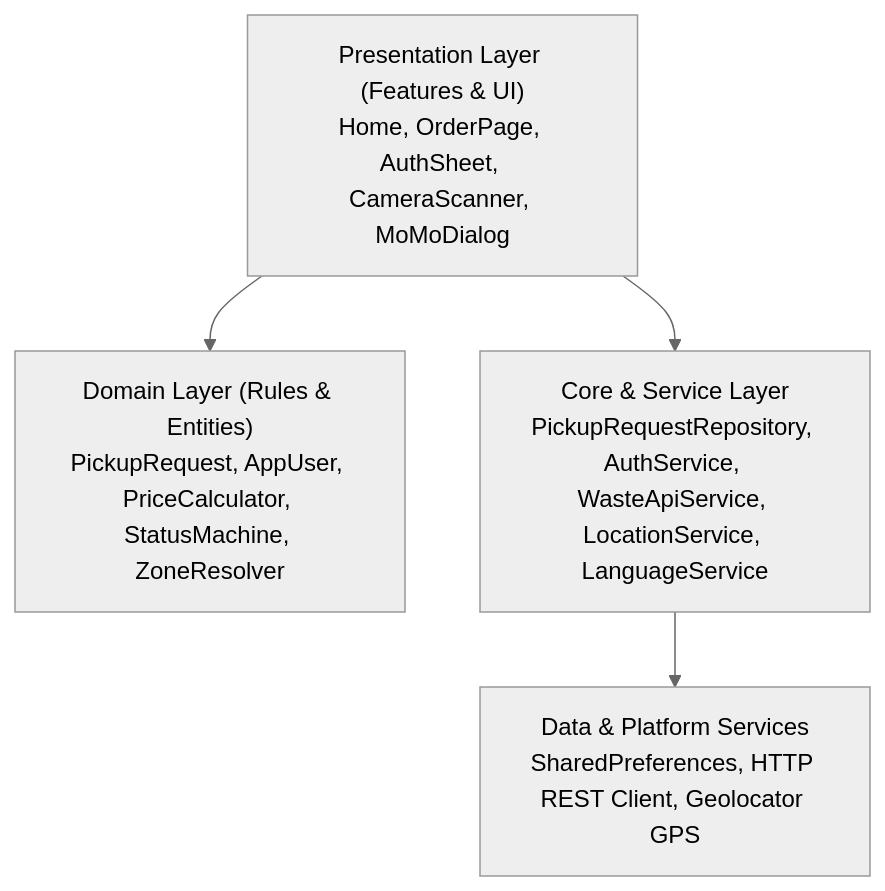
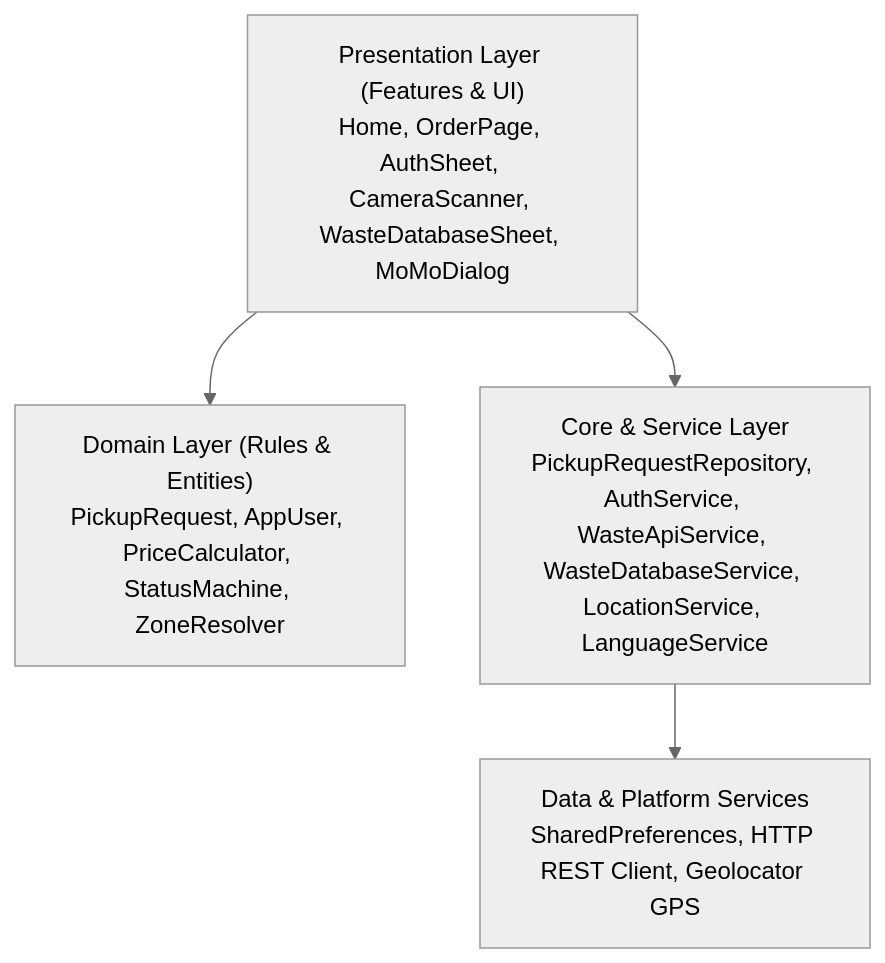
The first of 2 diagrams in docs/TECHNICAL_DOCUMENTATION.md (coder-cliff/ecoRoute), drawn with Mermaid (neutral theme) before and after one commit. The commit also changed other lines of this file and 5 other files, not shown here.

Commit message:
docs: complete 14-week roadmap compliance matrix and finalize technical defence documentation

````diff
--- a/docs/TECHNICAL_DOCUMENTATION.md
+++ b/docs/TECHNICAL_DOCUMENTATION.md
@@ -6,6 +6,6 @@
 ```mermaid
 graph TD
-    UI["Presentation Layer (Features & UI)<br/>Home, OrderPage, AuthSheet, CameraScanner, MoMoDialog"] --> Domain["Domain Layer (Rules & Entities)<br/>PickupRequest, AppUser, PriceCalculator, StatusMachine, ZoneResolver"]
-    UI --> Core["Core & Service Layer<br/>PickupRequestRepository, AuthService, WasteApiService, LocationService, LanguageService"]
+    UI["Presentation Layer (Features & UI)<br/>Home, OrderPage, AuthSheet, CameraScanner, WasteDatabaseSheet, MoMoDialog"] --> Domain["Domain Layer (Rules & Entities)<br/>PickupRequest, AppUser, PriceCalculator, StatusMachine, ZoneResolver"]
+    UI --> Core["Core & Service Layer<br/>PickupRequestRepository, AuthService, WasteApiService, WasteDatabaseService, LocationService, LanguageService"]
     Core --> Storage["Data & Platform Services<br/>SharedPreferences, HTTP REST Client, Geolocator GPS"]
 ```
````
